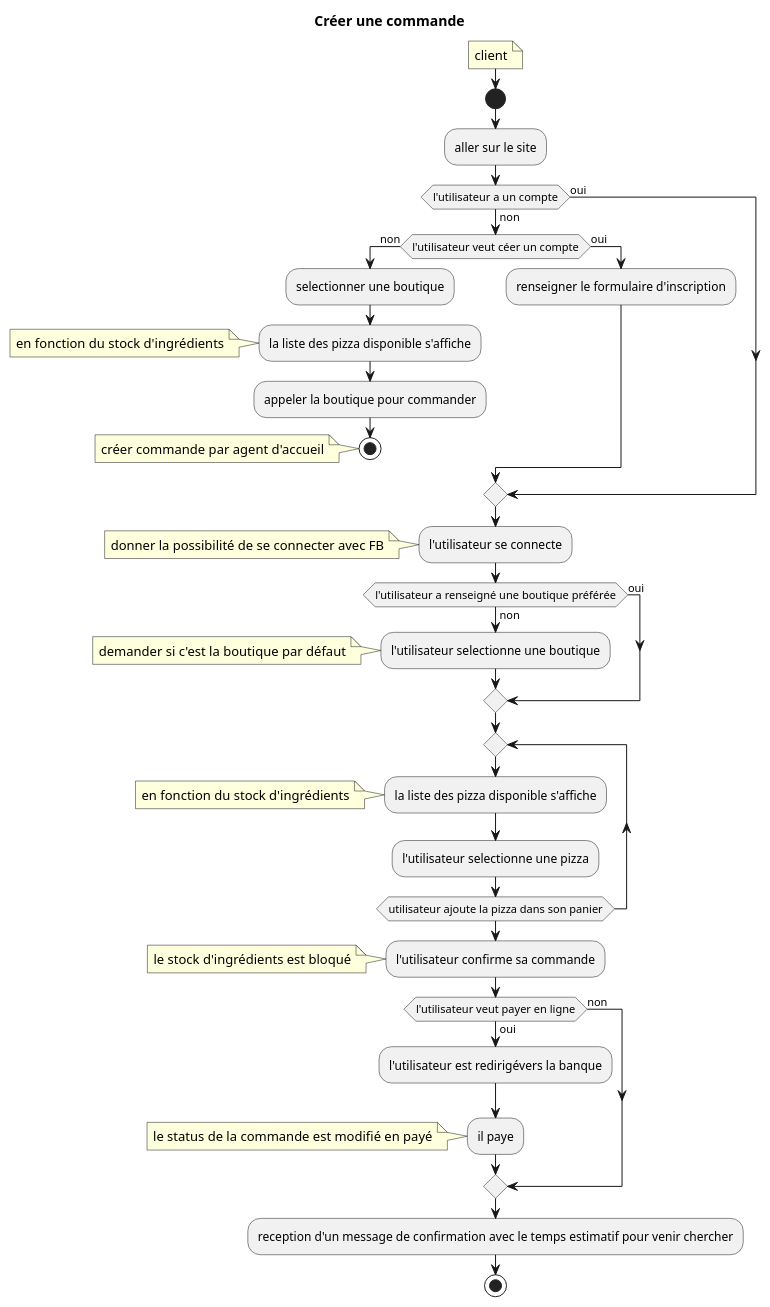
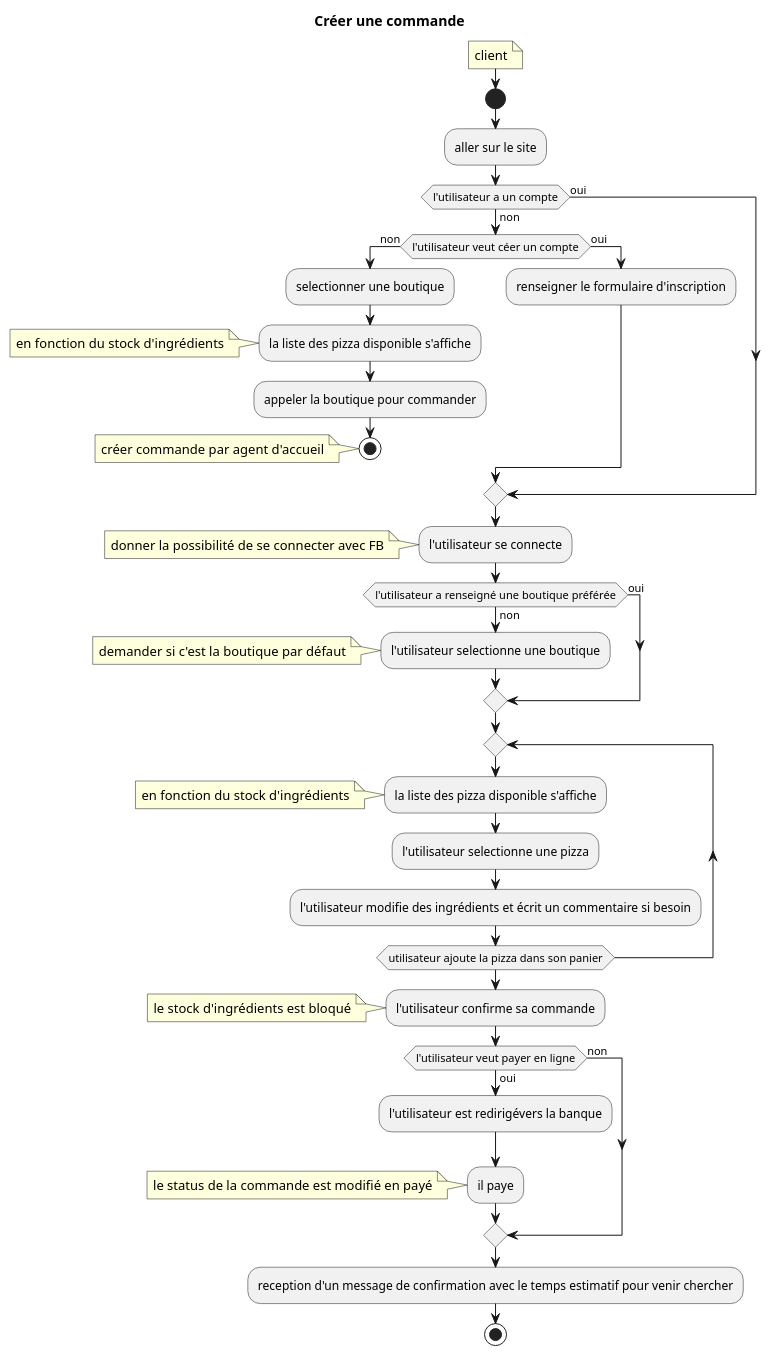
One commit to Zepmanbc/oc_dapython_pr4 changed the diagram in doc/uml/4_Commande_CREATE_CMD_ActivityDiagram.puml. Above: the diagram before and after it, drawn with PlantUML. The commit also changed 24 other files, not shown here.

```diff
--- a/doc/uml/4_Commande_CREATE_CMD_ActivityDiagram.puml
+++ b/doc/uml/4_Commande_CREATE_CMD_ActivityDiagram.puml
@@ -1,46 +1,47 @@
 @startuml 4_Commande_CREATE_CMD_ActivityDiagram
 
 title Créer une commande
 
 note: client
 
 start
 :aller sur le site;
 if (l'utilisateur a un compte) then (non)
     if (l'utilisateur veut céer un compte) then (non)
         :selectionner une boutique;
         :la liste des pizza disponible s'affiche;
         note: en fonction du stock d'ingrédients
         :appeler la boutique pour commander;
         stop
         note: créer commande par agent d'accueil
     else (oui)
         :renseigner le formulaire d'inscription;
     endif
 else (oui)
 endif
 :l'utilisateur se connecte;
 note: donner la possibilité de se connecter avec FB
 if (l'utilisateur a renseigné une boutique préférée) then (oui)
 else (non)
     :l'utilisateur selectionne une boutique;
     note: demander si c'est la boutique par défaut
 endif
 repeat
 :la liste des pizza disponible s'affiche;
 note : en fonction du stock d'ingrédients
 :l'utilisateur selectionne une pizza;
+:l'utilisateur modifie des ingrédients et écrit un commentaire si besoin;
 repeat while (utilisateur ajoute la pizza dans son panier)
 :l'utilisateur confirme sa commande;
 note: le stock d'ingrédients est bloqué
 if (l'utilisateur veut payer en ligne) then (non)
     
 else (oui)
     :l'utilisateur est redirigévers la banque;
     :il paye;
     note: le status de la commande est modifié en payé
 endif
 :reception d'un message de confirmation avec le temps estimatif pour venir chercher;
 stop
 
 @enduml
```
